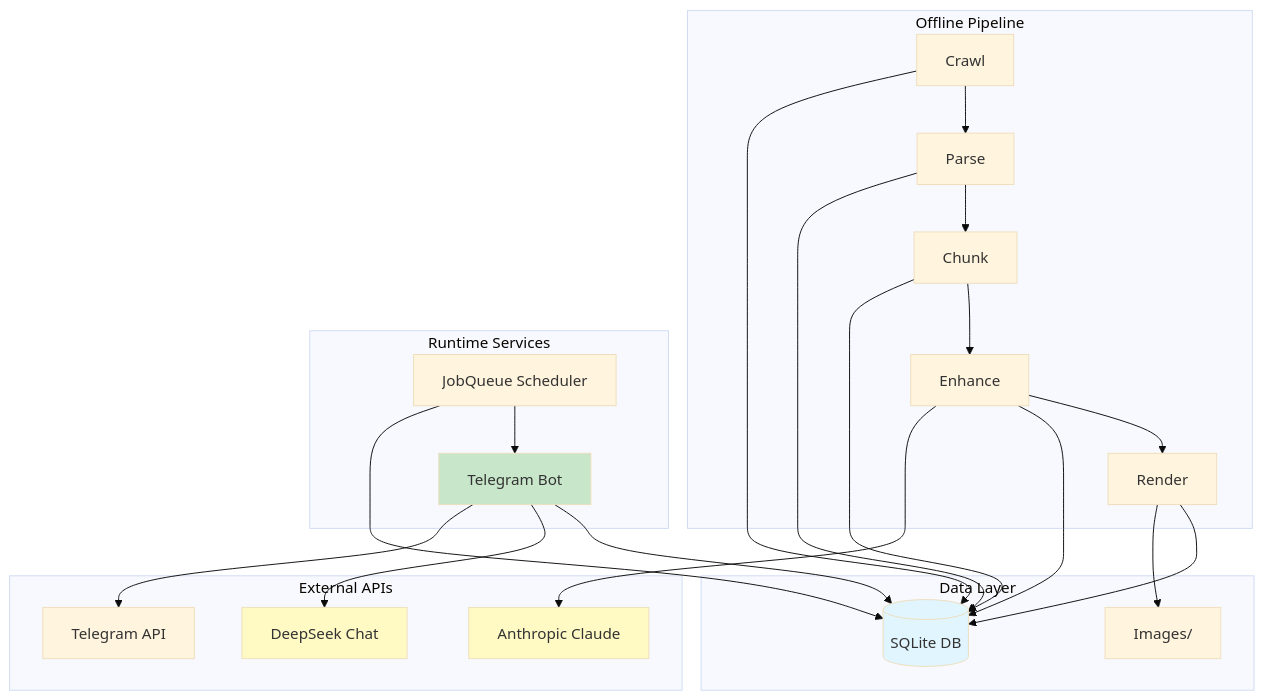
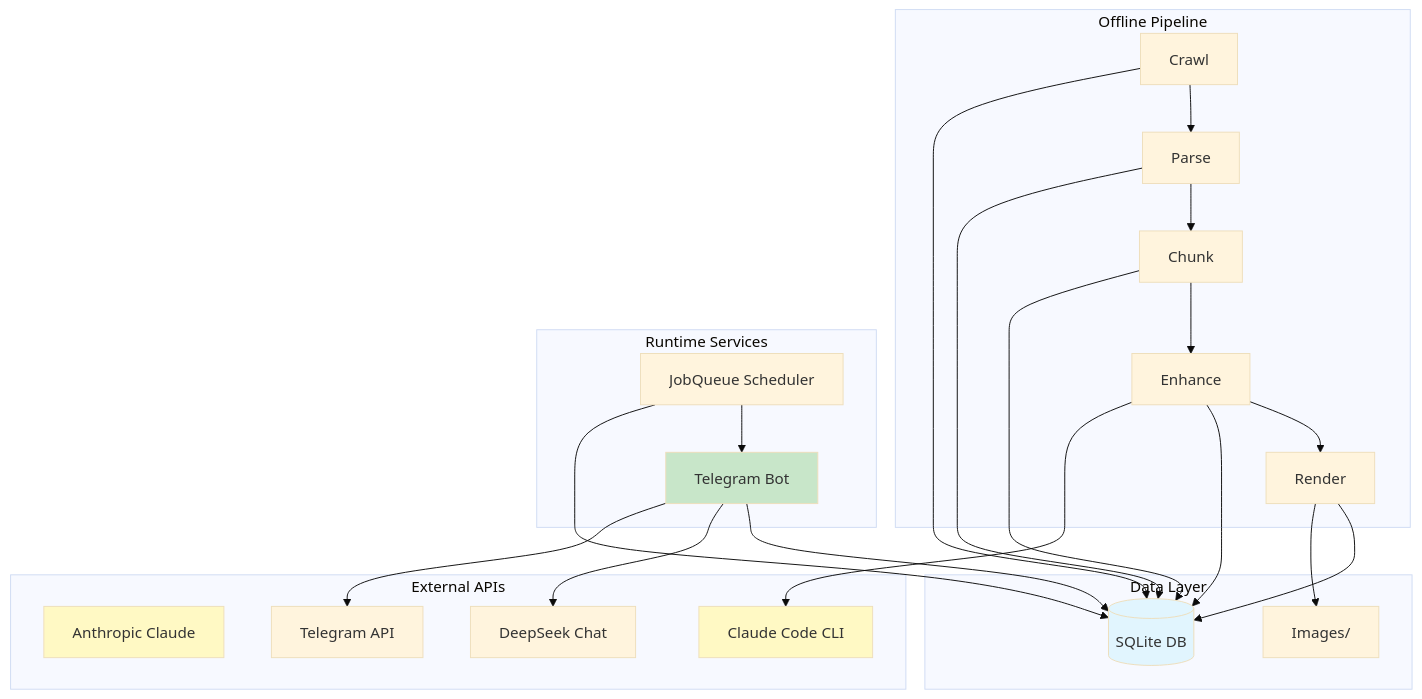
Before and after one commit to DuongDoNgoc/feynman-lectures-bot: the first of 19 diagrams in docs/system-architecture.md, drawn with Mermaid (base theme). The commit also changed other lines of this file and 3 other files, not shown here.

First line of the commit message:
docs: update enhancer workflow to Claude Code session

````diff
--- a/docs/system-architecture.md
+++ b/docs/system-architecture.md
@@ -5,44 +5,45 @@
 ```mermaid
 graph TB
     subgraph "Offline Pipeline"
         A[Crawl] --> B[Parse]
         B --> C[Chunk]
         C --> D[Enhance]
         D --> E[Render]
     end
 
     subgraph "Data Layer"
         F[(SQLite DB)]
         G[Images/]
     end
 
     subgraph "Runtime Services"
         H[Telegram Bot]
         I[JobQueue Scheduler]
     end
 
     subgraph "External APIs"
         J[Anthropic Claude]
-        K[DeepSeek Chat]
-        L[Telegram API]
+        K[Claude Code CLI]
+        L[DeepSeek Chat]
+        M[Telegram API]
     end
 
     A --> F
     B --> F
     C --> F
     D --> F
-    D --> J
+    D --> K
     E --> F
     E --> G
 
     H --> F
-    H --> K
     H --> L
+    H --> M
     I --> H
     I --> F
 
     style F fill:#e1f5fe
     style H fill:#c8e6c9
     style J fill:#fff9c4
     style K fill:#fff9c4
 ```
````
